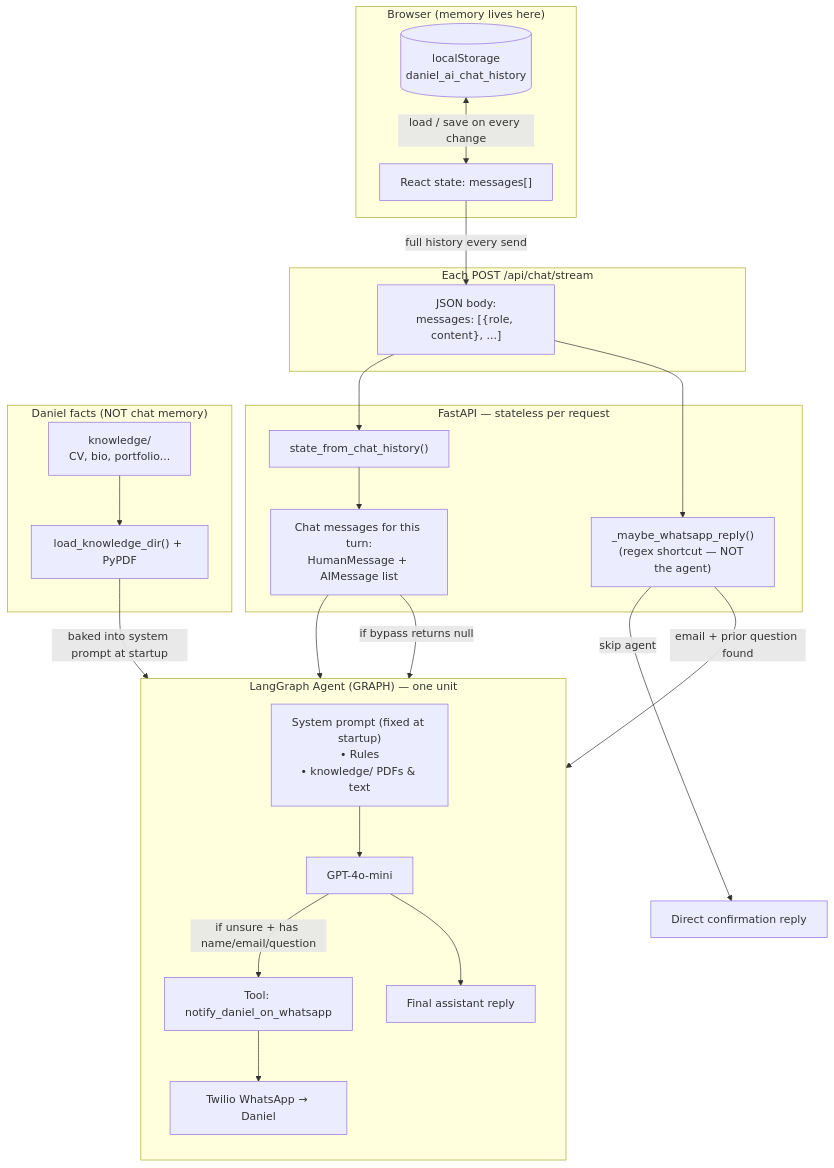
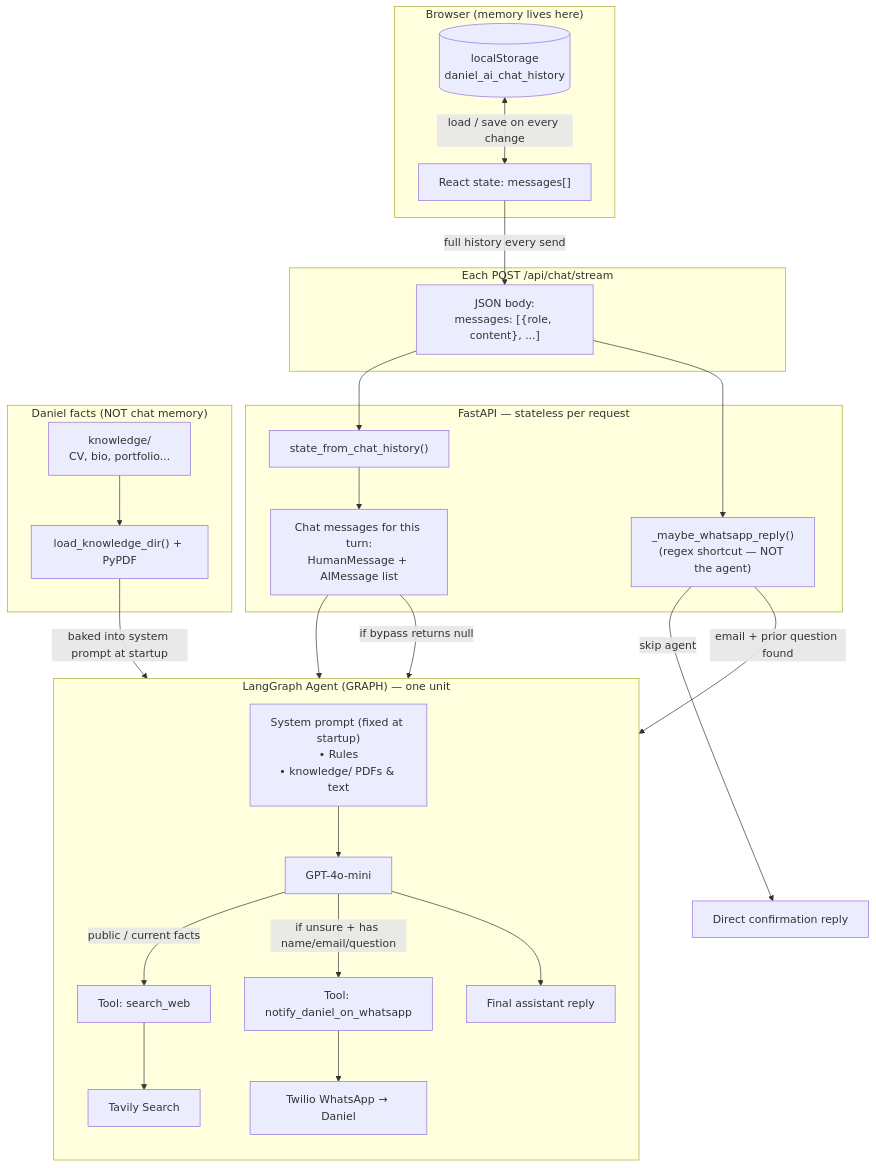
Before and after one commit to ddavid37/Professional-AI-Representative: the second of 3 diagrams in README.md, drawn with Mermaid. The commit also changed other lines of this file and 7 other files, not shown here.

First line of the commit message:
Add Tavily web search and update home page hero bio.

````diff
--- a/README.md
+++ b/README.md
@@ -84,45 +90,48 @@
 ```mermaid
 flowchart TB
     subgraph Browser["Browser (memory lives here)"]
         LS[("localStorage<br/>daniel_ai_chat_history")]
         ReactState["React state: messages[]"]
         LS <-->|load / save on every change| ReactState
     end
 
     subgraph Request["Each POST /api/chat/stream"]
         Payload["JSON body:<br/>messages: [{role, content}, ...]"]
     end
 
     subgraph Backend["FastAPI — stateless per request"]
         Convert["state_from_chat_history()"]
         ChatMsgs["Chat messages for this turn:<br/>HumanMessage + AIMessage list"]
         Bypass["_maybe_whatsapp_reply()<br/>(regex shortcut — NOT the agent)"]
     end
 
     subgraph AgentUnit["LangGraph Agent (GRAPH) — one unit"]
         direction TB
         SP["System prompt (fixed at startup)<br/>• Rules<br/>• knowledge/ PDFs & text"]
         LLM["GPT-4o-mini"]
+        SearchTool["Tool: search_web"]
         Tool["Tool: notify_daniel_on_whatsapp"]
         SP --> LLM
         ChatMsgs --> LLM
+        LLM -->|"public / current facts"| SearchTool
+        SearchTool --> Tavily["Tavily Search"]
         LLM -->|"if unsure + has name/email/question"| Tool
         Tool --> Twilio["Twilio WhatsApp → Daniel"]
         LLM --> Reply["Final assistant reply"]
     end
 
     subgraph Knowledge["Daniel facts (NOT chat memory)"]
         KDir["knowledge/<br/>CV, bio, portfolio..."]
         KLoader["load_knowledge_dir() + PyPDF"]
         KDir --> KLoader
         KLoader -->|"baked into system prompt at startup"| SP
     end
 
     ReactState -->|"full history every send"| Payload
     Payload --> Convert
     Convert --> ChatMsgs
     Payload --> Bypass
     Bypass -->|"email + prior question found"| Twilio
     Bypass -->|"skip agent"| DirectReply["Direct confirmation reply"]
     ChatMsgs -->|"if bypass returns null"| AgentUnit
 ```
````
